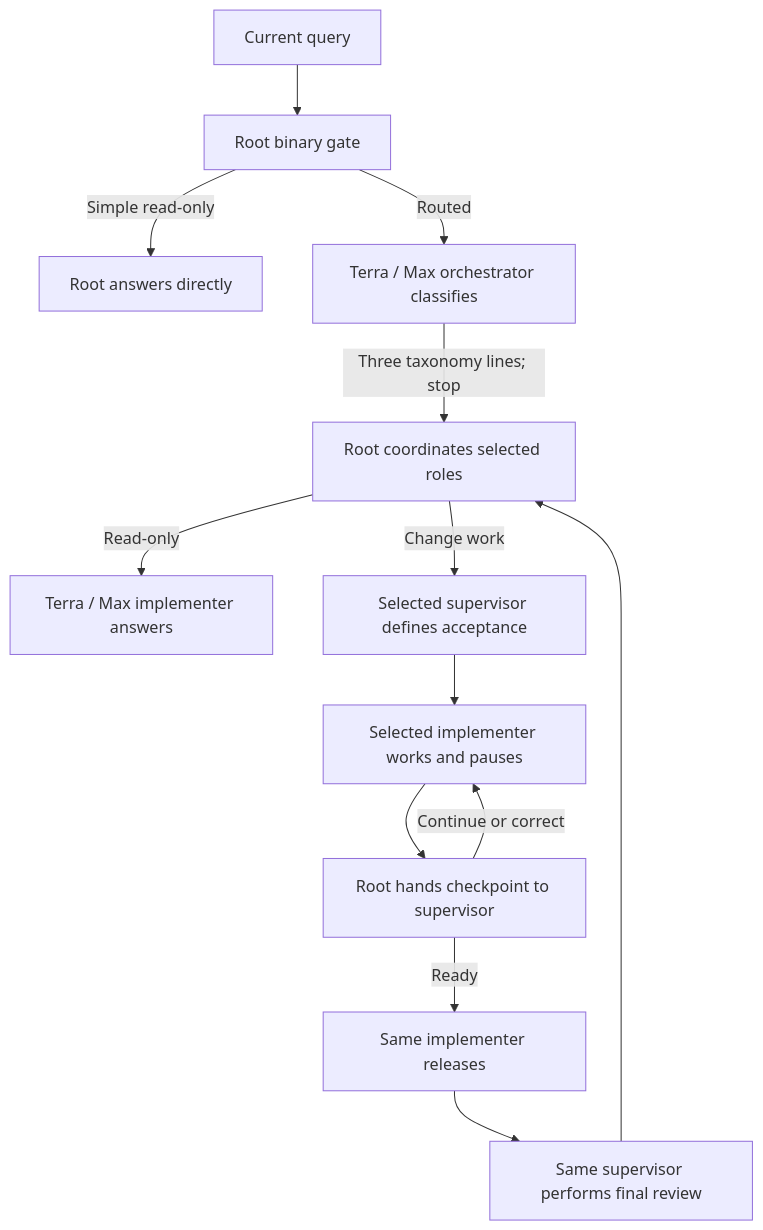
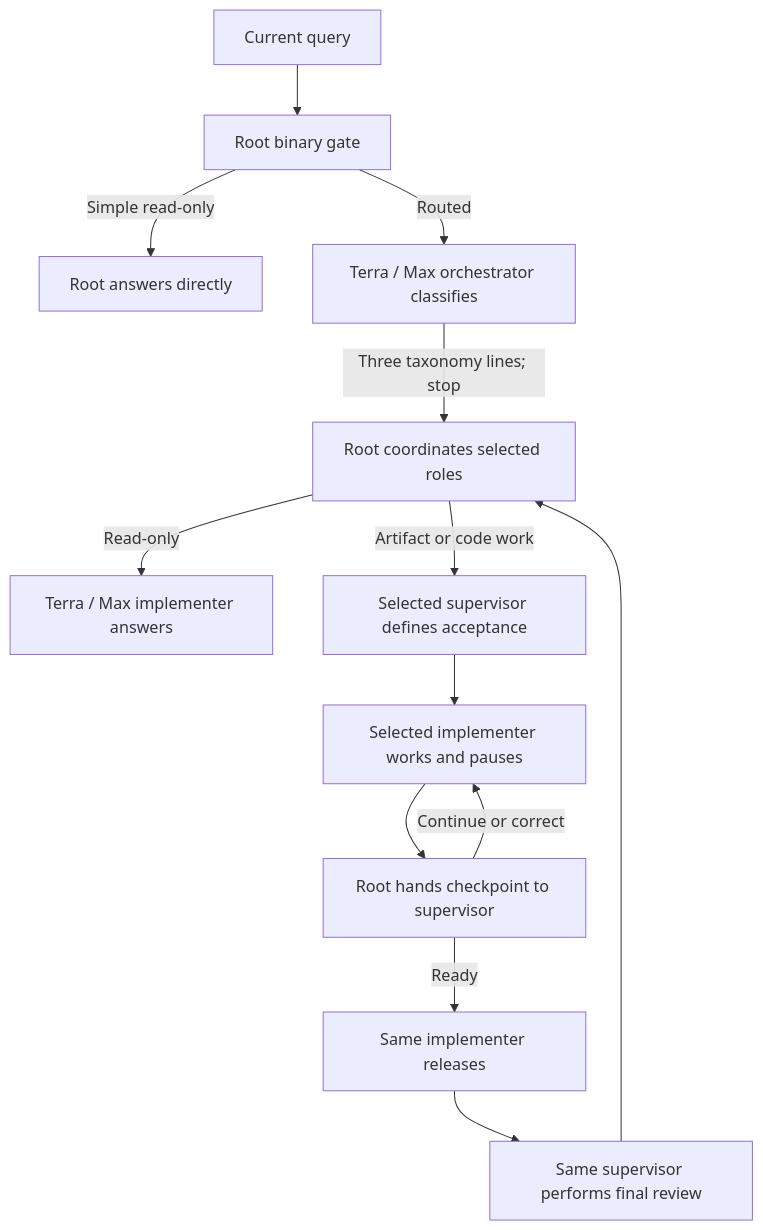
Before and after one commit to jessejaffe/codex-orchestration: the diagram in README.md, drawn with Mermaid. The commit also changed other lines of this file and 15 other files, not shown here.

````diff
--- a/README.md
+++ b/README.md
@@ -56,15 +59,15 @@
 ```mermaid
 flowchart TD
     U["Current query"] --> G["Root binary gate"]
     G -->|"Simple read-only"| A["Root answers directly"]
     G -->|"Routed"| O["Terra / Max orchestrator classifies"]
     O -->|"Three taxonomy lines; stop"| R["Root coordinates selected roles"]
     R -->|"Read-only"| RI["Terra / Max implementer answers"]
-    R -->|"Change work"| S["Selected supervisor defines acceptance"]
+    R -->|"Artifact or code work"| S["Selected supervisor defines acceptance"]
     S --> I["Selected implementer works and pauses"]
     I --> C["Root hands checkpoint to supervisor"]
     C -->|"Continue or correct"| I
     C -->|"Ready"| X["Same implementer releases"]
     X --> F["Same supervisor performs final review"]
     F --> R
 ```
````
